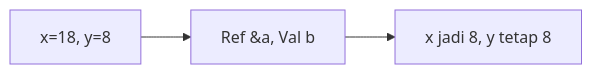
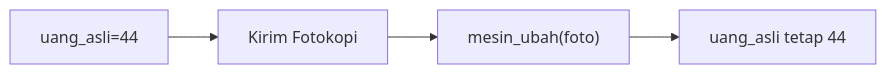
Before and after one commit to amnahwaida/OSNK_INF_PREP: the tenth of 25 diagrams in part-c-pemahaman-cpp/04-fungsi/latihan/set-05.md, drawn with Mermaid. The commit also changed other lines of this file and 71 other files, not shown here.

````diff
--- a/part-c-pemahaman-cpp/04-fungsi/latihan/set-05.md
+++ b/part-c-pemahaman-cpp/04-fungsi/latihan/set-05.md
@@ -261,5 +273,6 @@
 ```mermaid
 graph LR
-A["x=18, y=8"] --> B["Ref &a, Val b"]
-B --> C["x jadi 8, y tetap 8"]
+A["uang_asli=44"] --> B["Kirim Fotokopi"]
+B --> C["mesin_ubah(foto)"]
+C --> D["uang_asli tetap 44"]
 ```
````
